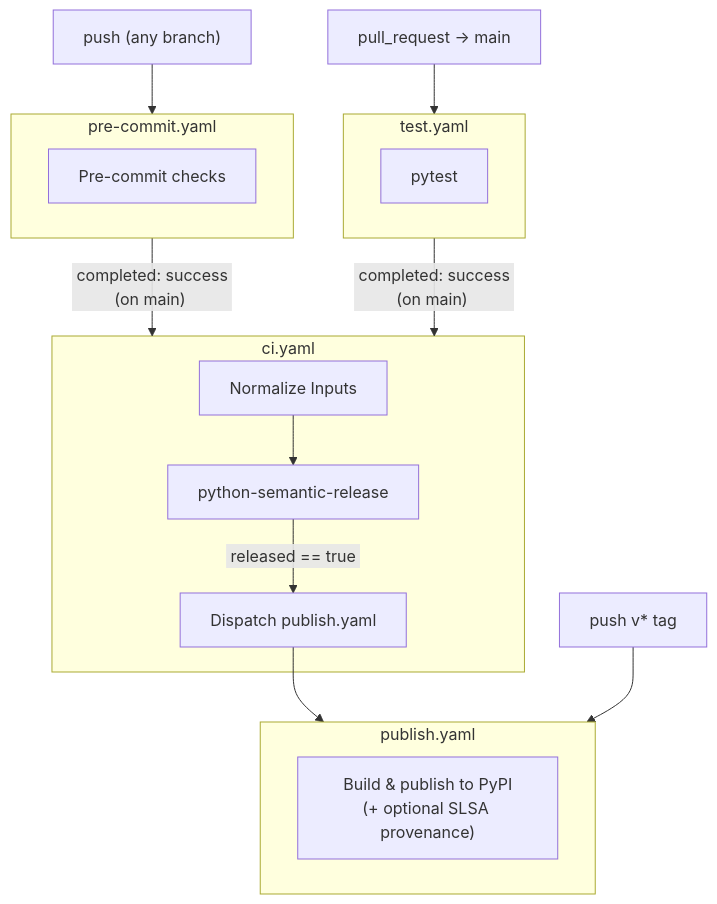
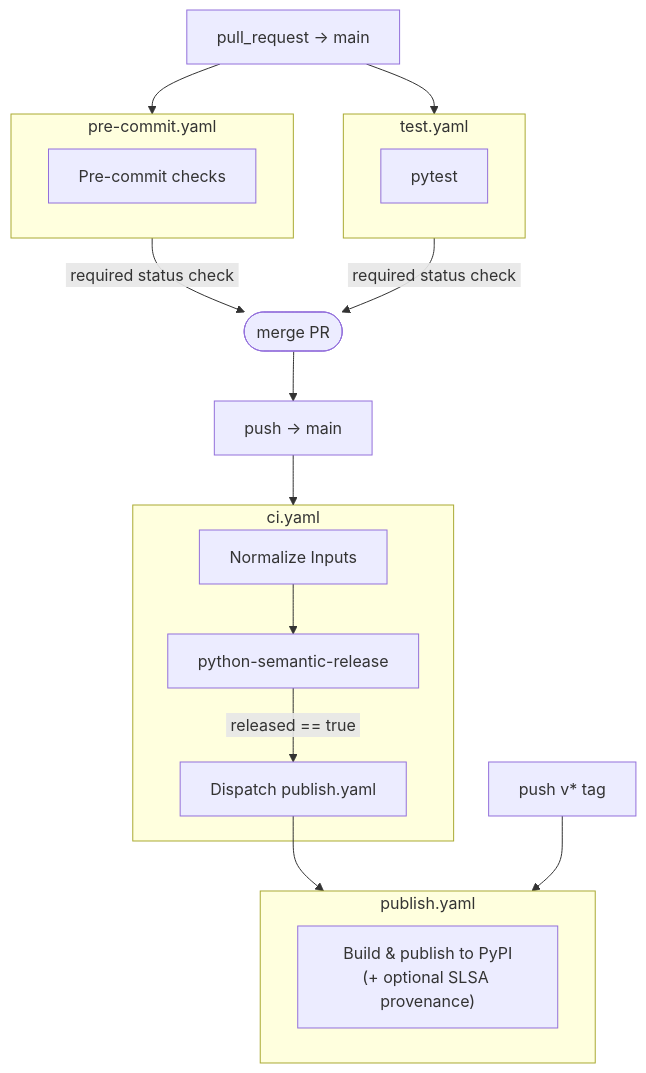
Before and after one commit to stairwaytowonderland/python-app-template: the diagram in README.md, drawn with Mermaid. The commit also changed other lines of this file, not shown here.

````diff
--- a/README.md
+++ b/README.md
@@ -75,28 +74,30 @@
 ```mermaid
 flowchart TD
-    push_any["push (any branch)"] --> pre_commit
-    pr_main["pull_request → main"] --> test
+    pr_main["pull_request → main"] --> pre_commit
+    pr_main --> test
 
     subgraph pre_commit["pre-commit.yaml"]
         PC["Pre-commit checks"]
     end
 
     subgraph test["test.yaml"]
         T["pytest"]
     end
 
-    pre_commit -- "&nbsp;completed: success&nbsp;<br>(on main)&nbsp;" --> ci
-    test -- "&nbsp;completed: success&nbsp;<br>(on main)&nbsp;" --> ci
+    pre_commit -- "&nbsp;required status check&nbsp;" --> merge
+    test -- "&nbsp;required status check&nbsp;" --> merge
+    merge(["merge PR"]) --> push_main["push → main"]
+    push_main --> ci
 
     subgraph ci["ci.yaml"]
         CFG["Normalize Inputs"] --> REL["python-semantic-release"]
         REL -- "&nbsp;released == true&nbsp;" --> DISP["Dispatch publish.yaml"]
     end
 
     DISP --> publish
     tag["push v* tag"] --> publish
 
     subgraph publish["publish.yaml"]
         PUB["Build & publish to PyPI<br>(+ optional SLSA provenance)"]
     end
 ```
````
